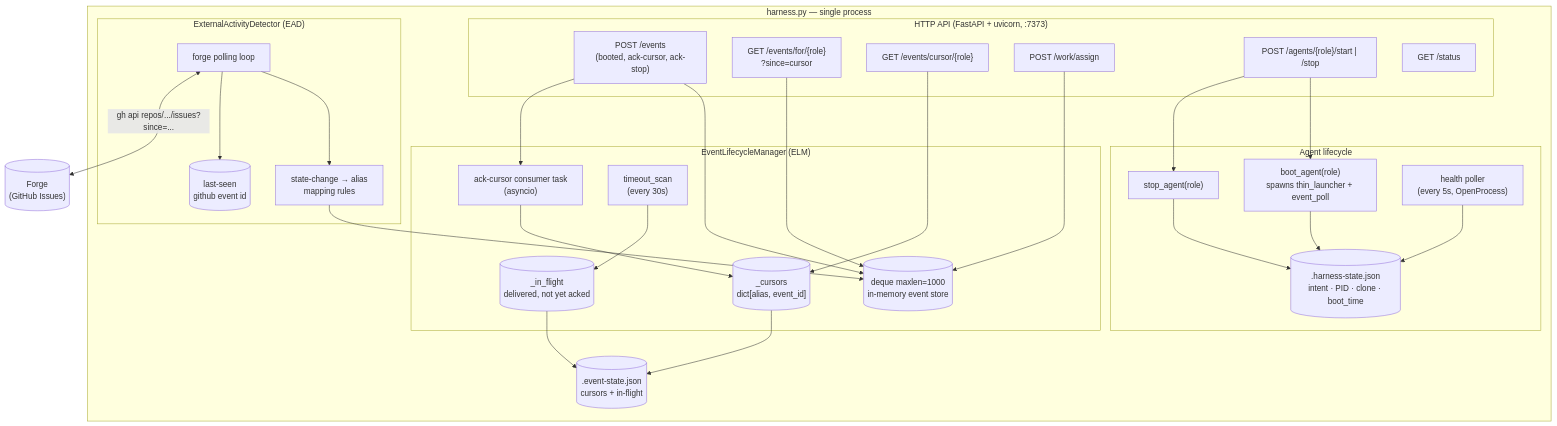
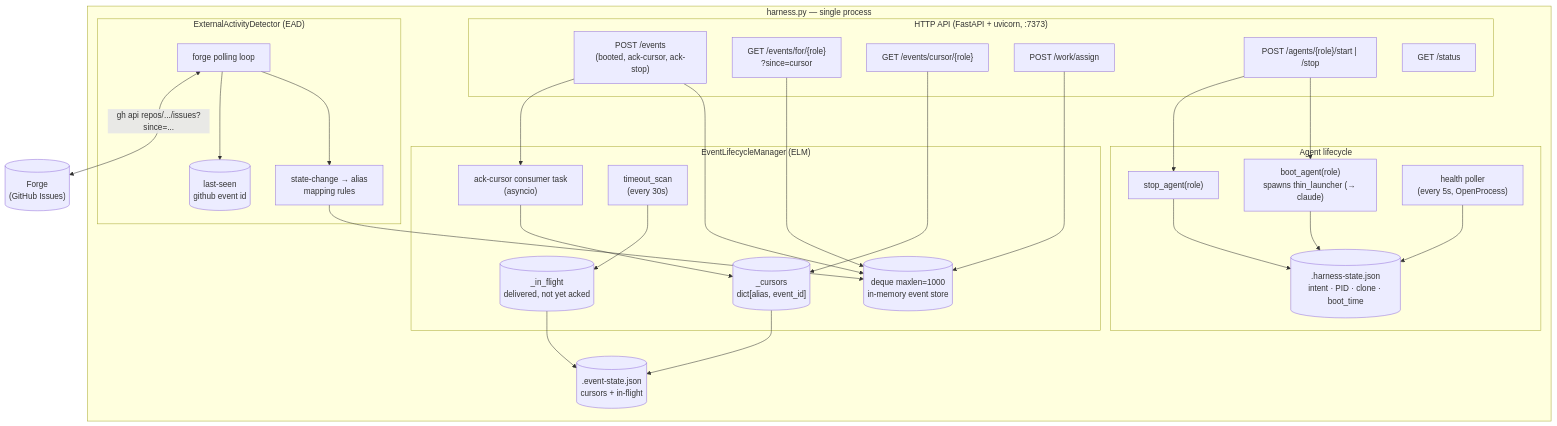
One commit to WallyDoodlez/SquidSquad changed the fifth of 15 diagrams in docs/AGENT-RUNTIME.md. Above: the diagram before and after it, drawn with Mermaid. The commit also changed other lines of this file, not shown here.

First line of the commit message:
pm: AGENT-RUNTIME reconciliation — event_poll/.claude-pid model (step-5 cross-ref, into #12417)

````diff
--- a/docs/AGENT-RUNTIME.md
+++ b/docs/AGENT-RUNTIME.md
@@ -310,60 +305,60 @@
 ```mermaid
 flowchart TB
     subgraph harness_proc["harness.py — single process"]
         subgraph http["HTTP API (FastAPI + uvicorn, :7373)"]
             EmitEP["POST /events<br/>(booted, ack-cursor, ack-stop)"]
             ReadEP["GET /events/for/{role}<br/>?since=cursor"]
             CursorEP["GET /events/cursor/{role}"]
             AssignEP["POST /work/assign"]
             LifeEP["POST /agents/{role}/start | /stop"]
             StatusEP["GET /status"]
         end
 
         subgraph elm["EventLifecycleManager (ELM)"]
             Deque[("deque maxlen=1000<br/>in-memory event store")]
             Cursors[("_cursors<br/>dict[alias, event_id]")]
             InFlight[("_in_flight<br/>delivered, not yet acked")]
             AckConsumer["ack-cursor consumer task<br/>(asyncio)"]
             Timeout["timeout_scan<br/>(every 30s)"]
         end
 
         subgraph ead_sub["ExternalActivityDetector (EAD)"]
             EAPoll["forge polling loop"]
             EAMap["state-change → alias<br/>mapping rules"]
             EALast[("last-seen<br/>github event id")]
         end
 
         subgraph lifecycle["Agent lifecycle"]
-            BootAgent["boot_agent(role)<br/>spawns thin_launcher + event_poll"]
+            BootAgent["boot_agent(role)<br/>spawns thin_launcher (→ claude)"]
             StopAgent["stop_agent(role)"]
             HealthPoll["health poller<br/>(every 5s, OpenProcess)"]
             LifeState[(".harness-state.json<br/>intent · PID · clone · boot_time")]
         end
 
         EventStateFile[(".event-state.json<br/>cursors + in-flight")]
     end
 
     EmitEP --> Deque
     EmitEP --> AckConsumer
     ReadEP --> Deque
     CursorEP --> Cursors
     AssignEP --> Deque
 
     AckConsumer --> Cursors
     Cursors --> EventStateFile
     InFlight --> EventStateFile
     Timeout --> InFlight
 
     LifeEP --> BootAgent
     LifeEP --> StopAgent
     BootAgent --> LifeState
     StopAgent --> LifeState
     HealthPoll --> LifeState
 
     EAPoll --> EAMap
     EAMap --> Deque
     EAPoll --> EALast
 
     Forge[("Forge<br/>(GitHub Issues)")]
     EAPoll <-- "gh api repos/.../issues?since=..." --> Forge
 ```
````
